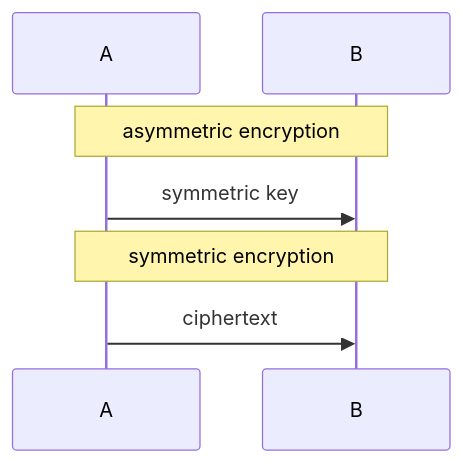
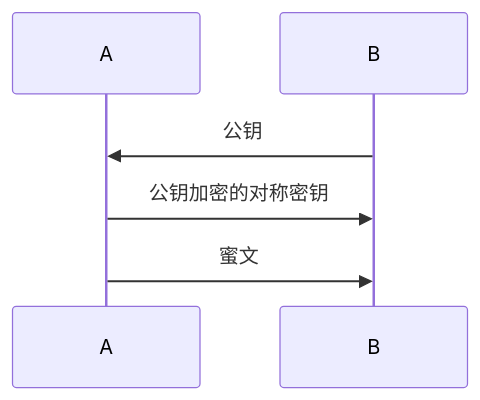
The third of 8 diagrams in network/tls.md (wdyjwdy/notes), drawn with Mermaid before and after one commit. The commit also changed other lines of this file, not shown here.

````diff
--- a/network/tls.md
+++ b/network/tls.md
@@ -33,7 +41,9 @@
 ```mermaid
 sequenceDiagram
-  Note over A, B: asymmetric encryption
-  A ->> B: symmetric key
-  Note over A, B: symmetric encryption
-  A ->> B: ciphertext
+  participant A
+  participant B
+
+  B ->> A: 公钥
+  A ->> B: 公钥加密的对称密钥
+  A ->> B: 蜜文
 ```
````
